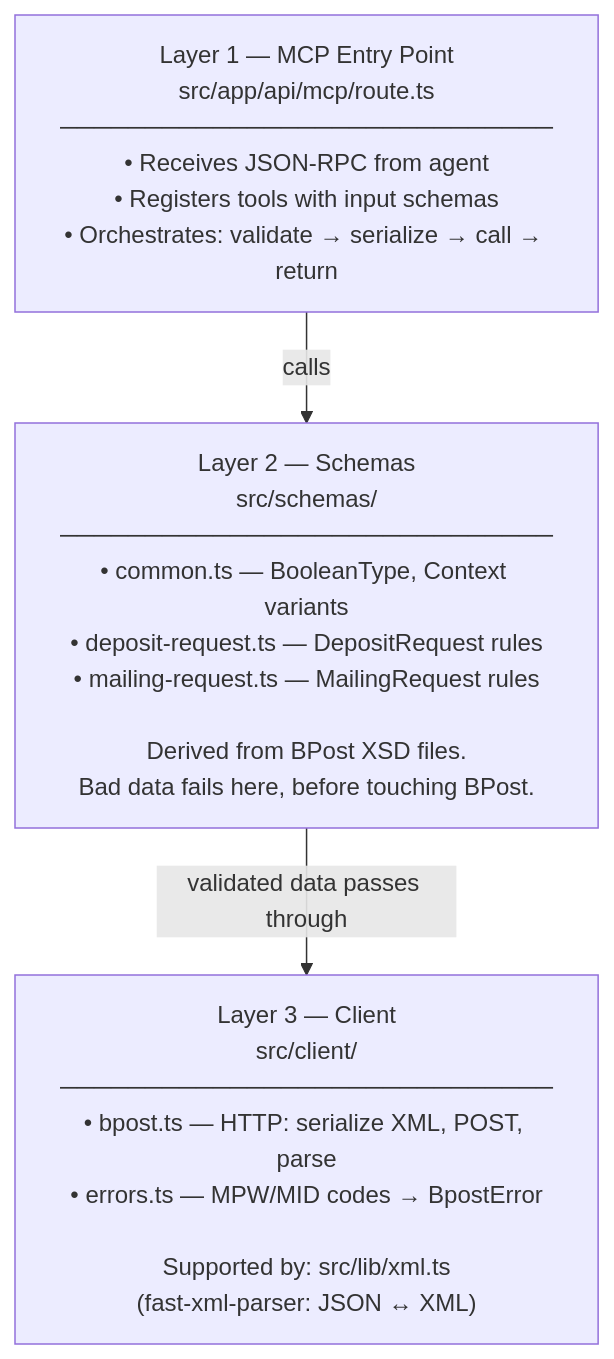
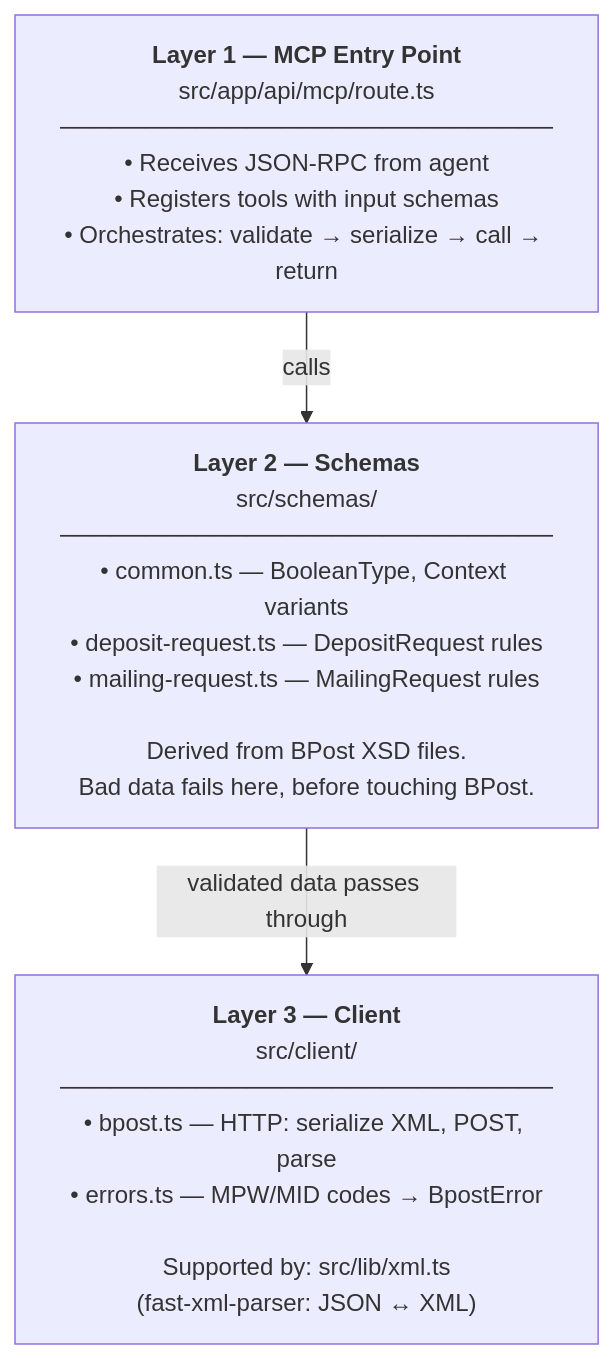
Before and after one commit to markminnoye/bpost-mcp: the second of 5 diagrams in docs/internal/phase1-architecture.md, drawn with Mermaid. The commit also changed other lines of this file, not shown here.

Commit message:
docs: fix Mermaid node labels — replace \n with <br/>

````diff
--- a/docs/internal/phase1-architecture.md
+++ b/docs/internal/phase1-architecture.md
@@ -61,9 +61,9 @@
 ```mermaid
 flowchart TD
-    L1["Layer 1 — MCP Entry Point\nsrc/app/api/mcp/route.ts\n─────────────────────────────\n• Receives JSON-RPC from agent\n• Registers tools with input schemas\n• Orchestrates: validate → serialize → call → return"]
-    L2["Layer 2 — Schemas\nsrc/schemas/\n─────────────────────────────\n• common.ts — BooleanType, Context variants\n• deposit-request.ts — DepositRequest rules\n• mailing-request.ts — MailingRequest rules\n\nDerived from BPost XSD files.\nBad data fails here, before touching BPost."]
-    L3["Layer 3 — Client\nsrc/client/\n─────────────────────────────\n• bpost.ts — HTTP: serialize XML, POST, parse\n• errors.ts — MPW/MID codes → BpostError\n\nSupported by: src/lib/xml.ts\n(fast-xml-parser: JSON ↔ XML)"]
+    L1["<b>Layer 1 — MCP Entry Point</b><br/>src/app/api/mcp/route.ts<br/>─────────────────────────────<br/>• Receives JSON-RPC from agent<br/>• Registers tools with input schemas<br/>• Orchestrates: validate → serialize → call → return"]
+    L2["<b>Layer 2 — Schemas</b><br/>src/schemas/<br/>─────────────────────────────<br/>• common.ts — BooleanType, Context variants<br/>• deposit-request.ts — DepositRequest rules<br/>• mailing-request.ts — MailingRequest rules<br/><br/>Derived from BPost XSD files.<br/>Bad data fails here, before touching BPost."]
+    L3["<b>Layer 3 — Client</b><br/>src/client/<br/>─────────────────────────────<br/>• bpost.ts — HTTP: serialize XML, POST, parse<br/>• errors.ts — MPW/MID codes → BpostError<br/><br/>Supported by: src/lib/xml.ts<br/>(fast-xml-parser: JSON ↔ XML)"]
 
     L1 -- "calls" --> L2
     L2 -- "validated data passes through" --> L3
 ```
````
